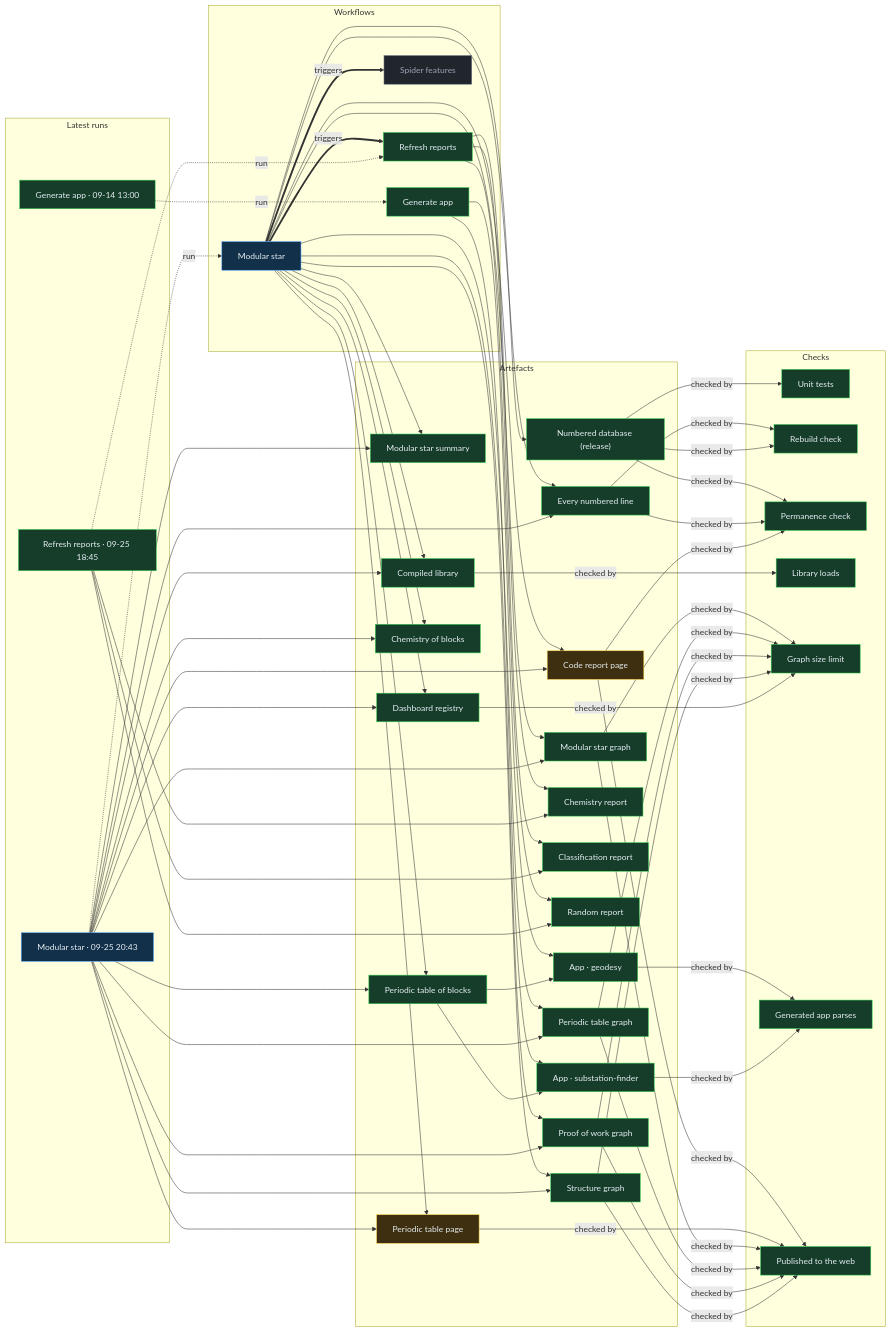
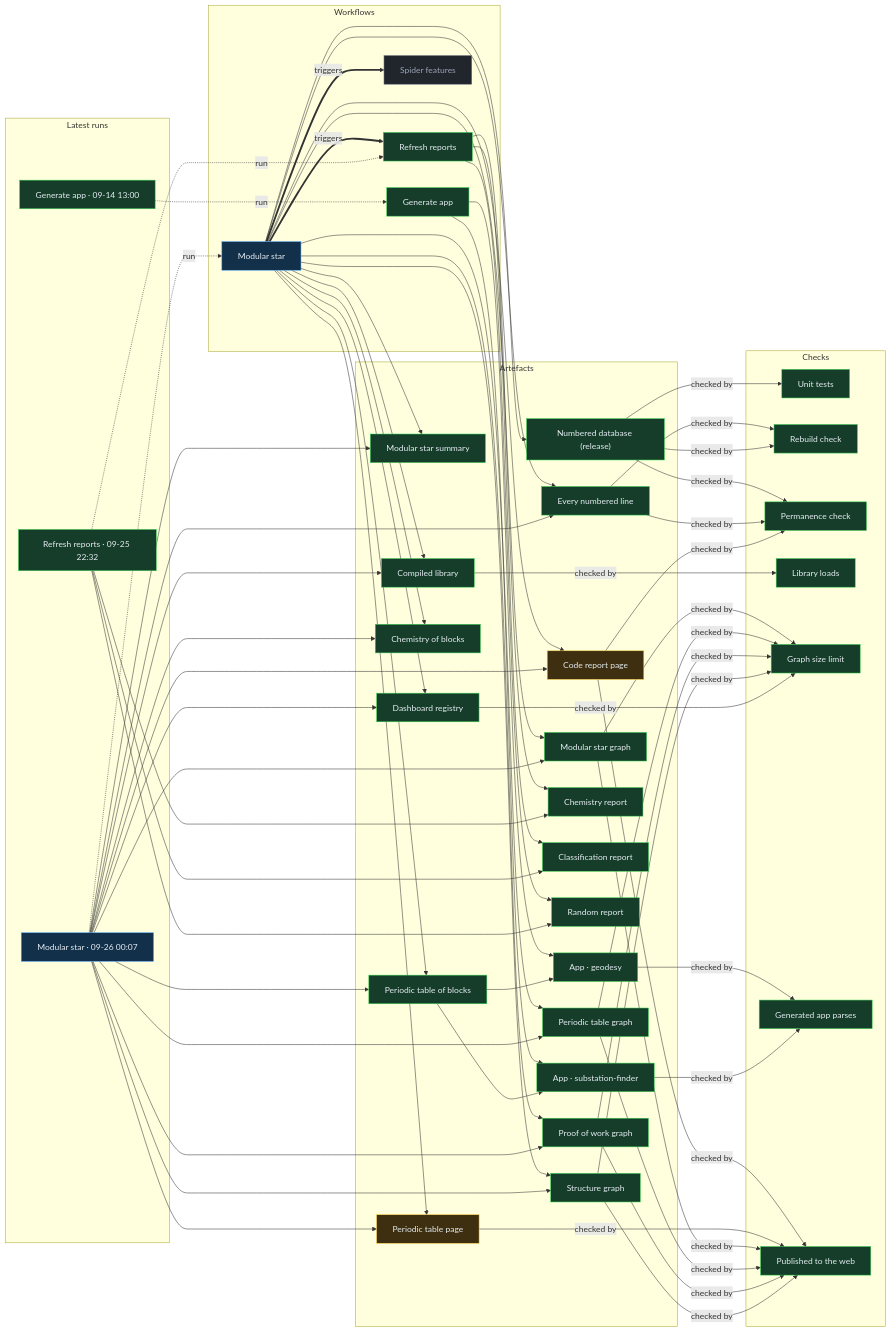
One commit to Ventusltd/stars changed the diagram in proof/PROOF.md. Above: the diagram before and after it, drawn with Mermaid. The commit also changed other lines of this file and 35 other files, not shown here.

Commit message:
Modular star 2026-09-26T00:10Z

```diff
--- a/proof/PROOF.md
+++ b/proof/PROOF.md
@@ -24,8 +24,8 @@
   n_wf_spider_features["Spider features"]:::off
   end
   subgraph g_runs["Latest runs"]
-  n_run_36187478448["Modular star · 09-25 20:43"]:::live
-  n_run_36175393575["Refresh reports · 09-25 18:45"]:::ok
+  n_run_36203657557["Modular star · 09-26 00:07"]:::live
+  n_run_36197225842["Refresh reports · 09-25 22:32"]:::ok
   n_run_34846587798["Generate app · 09-14 13:00"]:::ok
   end
   subgraph g_artefacts["Artefacts"]
@@ -59,39 +59,39 @@
   end
   n_wf_modular_star == triggers ==> n_wf_refresh
   n_wf_modular_star == triggers ==> n_wf_spider_features
-  n_run_36187478448 -. run .-> n_wf_modular_star
-  n_run_36175393575 -. run .-> n_wf_refresh
+  n_run_36203657557 -. run .-> n_wf_modular_star
+  n_run_36197225842 -. run .-> n_wf_refresh
   n_run_34846587798 -. run .-> n_wf_generate
   n_wf_modular_star --> n_art_summary
-  n_run_36187478448 --> n_art_summary
+  n_run_36203657557 --> n_art_summary
   n_wf_modular_star --> n_art_lines
-  n_run_36187478448 --> n_art_lines
+  n_run_36203657557 --> n_art_lines
   n_wf_modular_star --> n_art_code
-  n_run_36187478448 --> n_art_code
+  n_run_36203657557 --> n_art_code
   n_wf_modular_star --> n_art_modular_graph
-  n_run_36187478448 --> n_art_modular_graph
+  n_run_36203657557 --> n_art_modular_graph
   n_wf_modular_star --> n_art_blocks
-  n_run_36187478448 --> n_art_blocks
+  n_run_36203657557 --> n_art_blocks
   n_wf_modular_star --> n_art_table
-  n_run_36187478448 --> n_art_table
+  n_run_36203657557 --> n_art_table
   n_wf_modular_star --> n_art_blocks_graph
-  n_run_36187478448 --> n_art_blocks_graph
+  n_run_36203657557 --> n_art_blocks_graph
   n_wf_modular_star --> n_art_reactions
-  n_run_36187478448 --> n_art_reactions
+  n_run_36203657557 --> n_art_reactions
   n_wf_modular_star --> n_art_library
-  n_run_36187478448 --> n_art_library
+  n_run_36203657557 --> n_art_library
   n_wf_modular_star --> n_art_features
-  n_run_36187478448 --> n_art_features
+  n_run_36203657557 --> n_art_features
   n_wf_modular_star --> n_art_proof
-  n_run_36187478448 --> n_art_proof
+  n_run_36203657557 --> n_art_proof
   n_wf_modular_star --> n_art_structure
-  n_run_36187478448 --> n_art_structure
+  n_run_36203657557 --> n_art_structure
   n_wf_refresh --> n_art_chemistry
-  n_run_36175393575 --> n_art_chemistry
+  n_run_36197225842 --> n_art_chemistry
   n_wf_refresh --> n_art_vedic
-  n_run_36175393575 --> n_art_vedic
+  n_run_36197225842 --> n_art_vedic
   n_wf_refresh --> n_art_random
-  n_run_36175393575 --> n_art_random
+  n_run_36197225842 --> n_art_random
   n_wf_modular_star --> n_art_release
   n_wf_generate --> n_app_geodesy
   n_art_blocks --> n_app_geodesy
```
